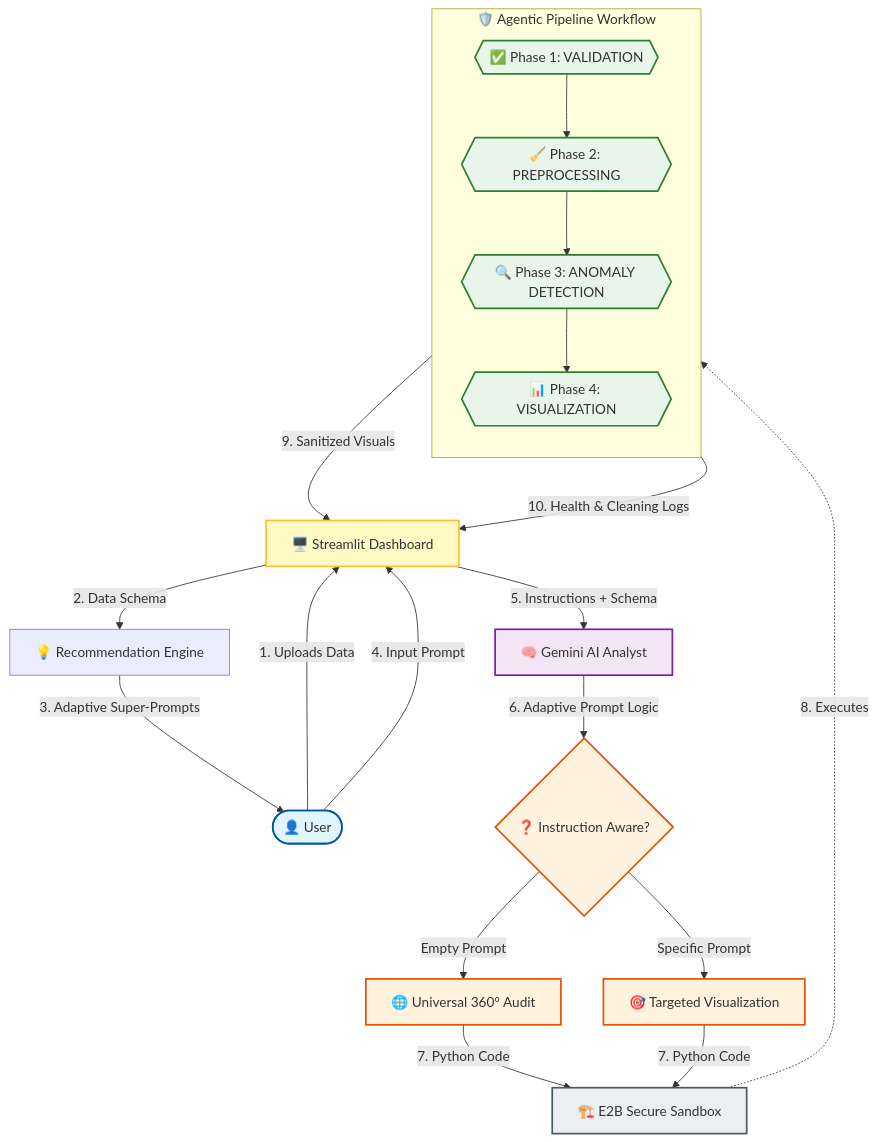
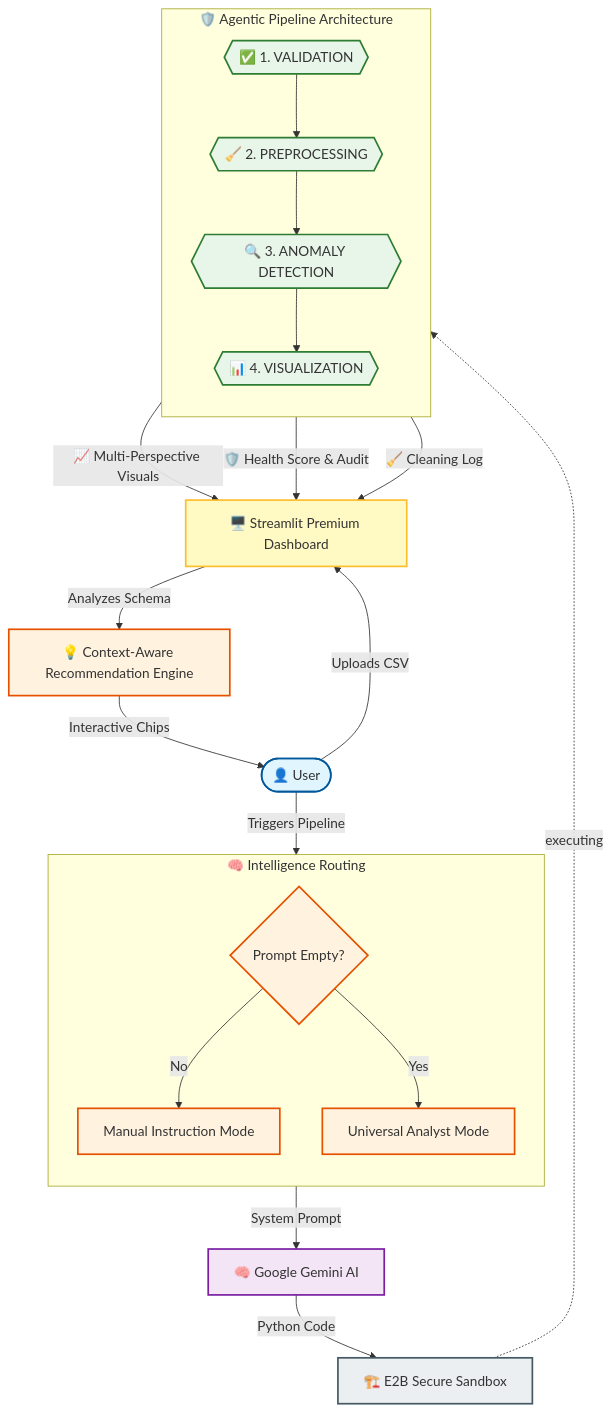
Before and after one commit to Arvindtechicon/Agentic-Data-Sanitizer: the diagram in README.md, drawn with Mermaid. The commit also changed other lines of this file and 4 other files, not shown here.

Commit message:
Universal Analyst Documentation: Updated architecture diagram, technical report with v1.5 features, and finalized demo script. Re-added .gitignore to protect large assets.

````diff
--- a/README.md
+++ b/README.md
@@ -34,56 +34,55 @@
 ```mermaid
 flowchart TD
     %% Node Definitions
     User([👤 User])
-    UI[🖥️ Streamlit Dashboard]
-    Recs[💡 Recommendation Engine]
-    LLM[🧠 Gemini AI Analyst]
+    UI[🖥️ Streamlit Premium Dashboard]
+    Recs[💡 Context-Aware Recommendation Engine]
+    LLM[🧠 Google Gemini AI]
     Sandbox[🏗️ E2B Secure Sandbox]
     
-    %% Logic Decision
-    Logic{❓ Instruction Aware?}
-    Univ[🌐 Universal 360° Audit]
-    Target[🎯 Targeted Visualization]
+    subgraph MultiMode [🧠 Intelligence Routing]
+        direction TB
+        ModeSelect{Prompt Empty?}
+        Manual[Manual Instruction Mode]
+        Universal[Universal Analyst Mode]
+        ModeSelect -->|No| Manual
+        ModeSelect -->|Yes| Universal
+    end
 
-    subgraph Pipeline [🛡️ Agentic Pipeline Workflow]
+    subgraph Pipeline [🛡️ Agentic Pipeline Architecture]
         direction TB
-        V{{✅ Phase 1: VALIDATION}}
-        P{{🧹 Phase 2: PREPROCESSING}}
-        A{{🔍 Phase 3: ANOMALY DETECTION}}
-        Z{{📊 Phase 4: VISUALIZATION}}
+        V{{✅ 1. VALIDATION}}
+        P{{🧹 2. PREPROCESSING}}
+        A{{🔍 3. ANOMALY DETECTION}}
+        Z{{📊 4. VISUALIZATION}}
         V --> P --> A --> Z
     end
 
     %% Connections
-    User -->|1. Uploads Data| UI
-    UI -->|2. Data Schema| Recs
-    Recs -->|3. Adaptive Super-Prompts| User
+    User -->|Uploads CSV| UI
+    UI -->|Analyzes Schema| Recs
+    Recs -->|Interactive Chips| User
+    User -->|Triggers Pipeline| MultiMode
+    MultiMode -->|System Prompt| LLM
+    LLM -->|Python Code| Sandbox
+    Sandbox -. executing .-> Pipeline
     
-    User -->|4. Input Prompt| UI
-    UI -->|5. Instructions + Schema| LLM
-    LLM -->|6. Adaptive Prompt Logic| Logic
-    
-    Logic -->|Empty Prompt| Univ
-    Logic -->|Specific Prompt| Target
-    
-    Univ & Target -->|7. Python Code| Sandbox
-    Sandbox -.->|8. Executes| Pipeline
-    
-    Pipeline -->|9. Sanitized Visuals| UI
-    Pipeline -->|10. Health & Cleaning Logs| UI
+    Z -->|📈 Multi-Perspective Visuals| UI
+    V -->|🛡️ Health Score & Audit| UI
+    P -->|🧹 Cleaning Log| UI
 
     %% Styling 
     classDef user fill:#e1f5fe,stroke:#01579b,stroke-width:2px;
     classDef ui fill:#fff9c4,stroke:#fbc02d,stroke-width:2px;
     classDef ai fill:#f3e5f5,stroke:#7b1fa2,stroke-width:2px;
     classDef sandbox fill:#eceff1,stroke:#455a64,stroke-width:2px;
     classDef pipe fill:#e8f5e9,stroke:#2e7d32,stroke-width:2px;
-    classDef logic fill:#fff3e0,stroke:#e65100,stroke-width:2px;
+    classDef mode fill:#fff3e0,stroke:#e65100,stroke-width:2px;
 
     class User user;
     class UI ui;
     class LLM ai;
     class Sandbox sandbox;
-    class Logic,Univ,Target logic;
     class V,P,A,Z pipe;
+    class Recs,ModeSelect,Manual,Universal mode;
 ```
````
